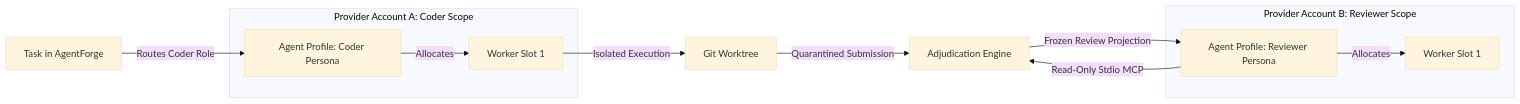
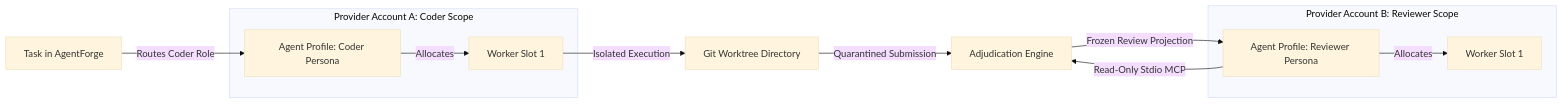
The fourth of 4 diagrams in docs/R5L_PRODUCTION_TRIAL_PLAN.md (thanhtuyen662002/Agent-Forge), drawn with Mermaid (base theme) before and after one commit. The commit also changed other lines of this file, not shown here.

First line of the commit message:
docs(r5l0): reconcile trial lifecycle semantics, reviewer proof, and schema mappings

````diff
--- a/docs/R5L_PRODUCTION_TRIAL_PLAN.md
+++ b/docs/R5L_PRODUCTION_TRIAL_PLAN.md
@@ -212,21 +228,21 @@
 ```mermaid
 graph LR
     subgraph Account_A [Provider Account A: Coder Scope]
         CoderProfile[Agent Profile: Coder Persona]
         WorkerSlotA[Worker Slot 1]
     end
 
     subgraph Account_B [Provider Account B: Reviewer Scope]
         ReviewerProfile[Agent Profile: Reviewer Persona]
         WorkerSlotB[Worker Slot 1]
     end
 
     Task[Task in AgentForge] -->|Routes Coder Role| CoderProfile
     CoderProfile -->|Allocates| WorkerSlotA
-    WorkerSlotA -->|Isolated Execution| Worktree[Git Worktree]
+    WorkerSlotA -->|Isolated Execution| Worktree[Git Worktree Directory]
 
     Worktree -->|Quarantined Submission| Adjudication[Adjudication Engine]
     Adjudication -->|Frozen Review Projection| ReviewerProfile
     ReviewerProfile -->|Allocates| WorkerSlotB
     ReviewerProfile -->|Read-Only Stdio MCP| Adjudication
 ```
````
